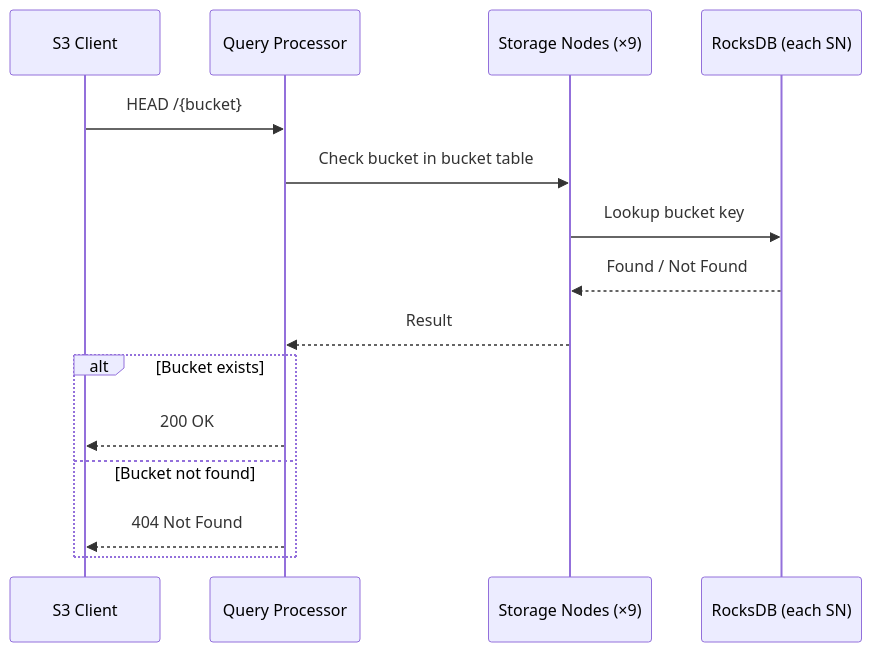
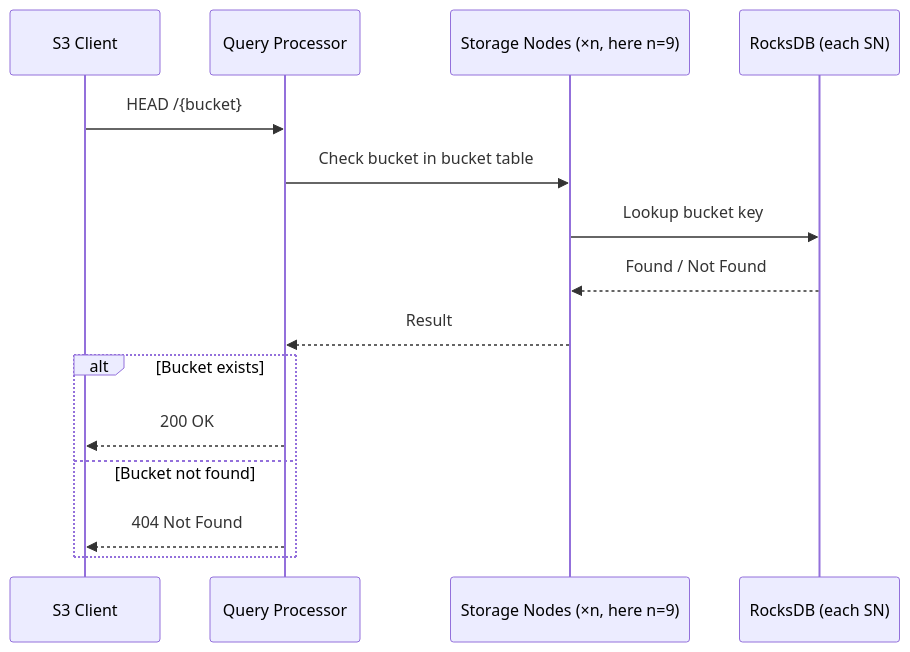
The eighth of 16 diagrams in docs/workflow.md (S26-Distributed-Capstone/Koop), drawn with Mermaid before and after one commit. The commit also changed other lines of this file and 12 other files, not shown here.

First line of the commit message:
Enhance architecture documentation and multipart upload logic

````diff
--- a/docs/workflow.md
+++ b/docs/workflow.md
@@ -222,18 +234,18 @@
 ```mermaid
 sequenceDiagram
     participant C as S3 Client
     participant QP as Query Processor
-    participant SN as Storage Nodes (×9)
+    participant SN as Storage Nodes (×n, here n=9)
     participant RDB as RocksDB (each SN)
 
     C->>QP: HEAD /{bucket}
     QP->>SN: Check bucket in bucket table
     SN->>RDB: Lookup bucket key
     RDB-->>SN: Found / Not Found
     SN-->>QP: Result
     alt Bucket exists
         QP-->>C: 200 OK
     else Bucket not found
         QP-->>C: 404 Not Found
     end
 ```
````
